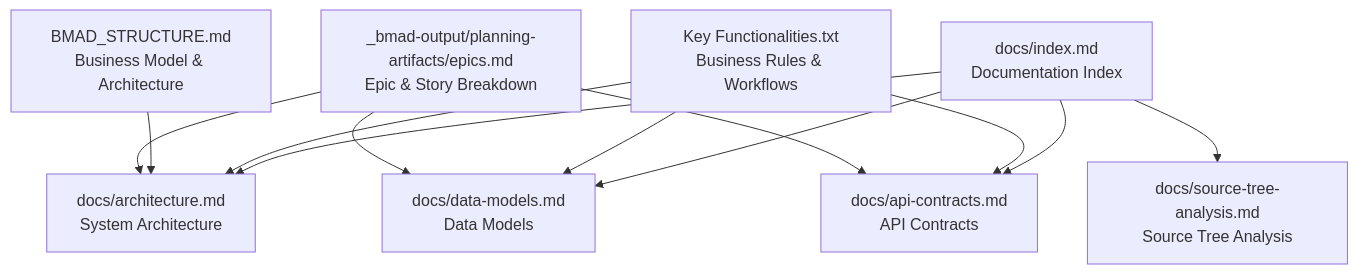
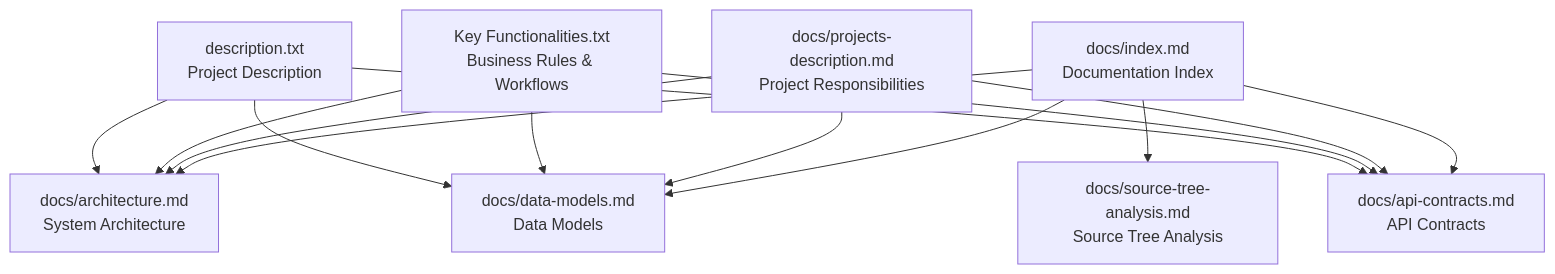
The first of 7 diagrams in .qoder/repowiki/en/content/Project Overview/Project Overview.md (lamhongbac/NonCash), drawn with Mermaid before and after one commit. The commit also changed other lines of this file and 13 other files, not shown here.

````diff
--- a/.qoder/repowiki/en/content/Project Overview/Project Overview.md
+++ b/.qoder/repowiki/en/content/Project Overview/Project Overview.md
@@ -43,14 +51,16 @@
 ```mermaid
 graph TB
 A["docs/index.md<br/>Documentation Index"] --> B["docs/architecture.md<br/>System Architecture"]
 A --> C["docs/data-models.md<br/>Data Models"]
 A --> D["docs/api-contracts.md<br/>API Contracts"]
 A --> E["docs/source-tree-analysis.md<br/>Source Tree Analysis"]
-F["Key Functionalities.txt<br/>Business Rules & Workflows"] --> B
+F["docs/projects-description.md<br/>Project Responsibilities"] --> B
 F --> C
 F --> D
-G["BMAD_STRUCTURE.md<br/>Business Model & Architecture"] --> B
-H["_bmad-output/planning-artifacts/epics.md<br/>Epic & Story Breakdown"] --> B
+G["Key Functionalities.txt<br/>Business Rules & Workflows"] --> B
+G --> C
+G --> D
+H["description.txt<br/>Project Description"] --> B
 H --> C
 H --> D
 ```
````
